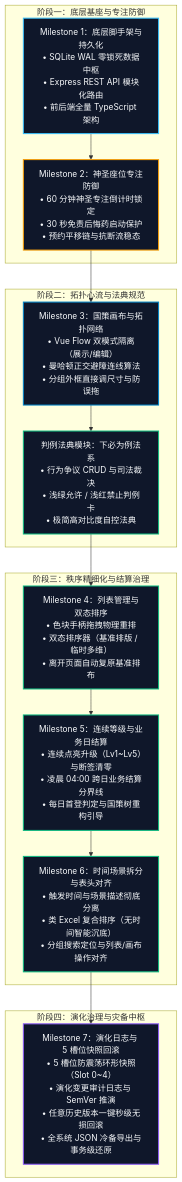
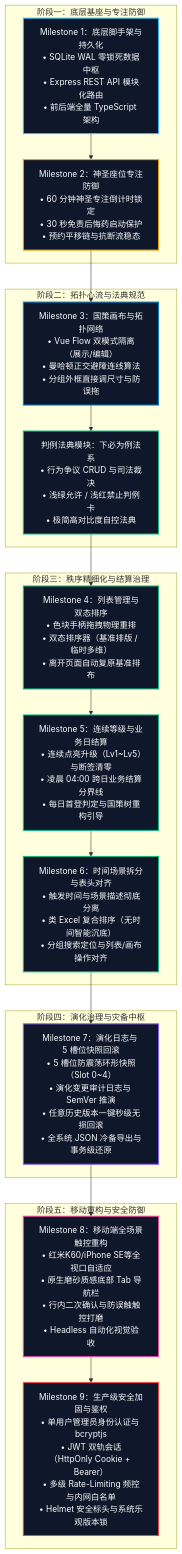
The diagram in docs/开发历程与里程碑全景总结.md (Joe8286312/sacred-focus), drawn with Mermaid before and after one commit. The commit also changed other lines of this file and 8 other files, not shown here.

````diff
--- a/docs/开发历程与里程碑全景总结.md
+++ b/docs/开发历程与里程碑全景总结.md
@@ -43,30 +46,37 @@
 ```mermaid
 flowchart TD
     classDef foundation fill:#0f172a,stroke:#38bdf8,stroke-width:2px,color:#f8fafc;
     classDef focus fill:#0f172a,stroke:#f59e0b,stroke-width:2px,color:#f8fafc;
     classDef canvas fill:#0f172a,stroke:#0284c7,stroke-width:2px,color:#f8fafc;
     classDef governance fill:#0f172a,stroke:#10b981,stroke-width:2px,color:#f8fafc;
     classDef evolution fill:#0f172a,stroke:#8b5cf6,stroke-width:2px,color:#f8fafc;
+    classDef mobile fill:#0f172a,stroke:#ec4899,stroke-width:2px,color:#f8fafc;
+    classDef security fill:#0f172a,stroke:#ef4444,stroke-width:2px,color:#f8fafc;
 
     subgraph P1 ["阶段一：底层基座与专注防御"]
         M1["Milestone 1：底层脚手架与持久化<br/>• SQLite WAL 零锁死数据中枢<br/>• Express REST API 模块化路由<br/>• 前后端全量 TypeScript 架构"]:::foundation
         M2["Milestone 2：神圣座位专注防御<br/>• 60 分钟神圣专注倒计时锁定<br/>• 30 秒免责后悔药启动保护<br/>• 预约平移链与抗断流稳态"]:::focus
     end
 
     subgraph P2 ["阶段二：拓扑心流与法典规范"]
         M3["Milestone 3：国策画布与拓扑网络<br/>• Vue Flow 双模式隔离（展示/编辑）<br/>• 曼哈顿正交避障连线算法<br/>• 分组外框直接调尺寸与防误拖"]:::canvas
         MLaw["判例法典模块：下必为例法系<br/>• 行为争议 CRUD 与司法裁决<br/>• 浅绿允许 / 浅红禁止判例卡<br/>• 极简高对比度自控法典"]:::governance
     end
 
     subgraph P3 ["阶段三：秩序精细化与结算治理"]
         M4["Milestone 4：列表管理与双态排序<br/>• 色块手柄拖拽物理重排<br/>• 双态排序器（基准排版 / 临时多维）<br/>• 离开页面自动复原基准排布"]:::governance
         M5["Milestone 5：连续等级与业务日结算<br/>• 连续点亮升级（Lv1~Lv5）与断签清零<br/>• 凌晨 04:00 跨日业务结算分界线<br/>• 每日首登判定与国策树重构引导"]:::governance
         M6["Milestone 6：时间场景拆分与表头对齐<br/>• 触发时间与场景描述彻底分离<br/>• 类 Excel 复合排序（无时间智能沉底）<br/>• 分组搜索定位与列表/画布操作对齐"]:::governance
     end
 
     subgraph P4 ["阶段四：演化治理与灾备中枢"]
         M7["Milestone 7：演化日志与 5 槽位快照回滚<br/>• 5 槽位防震荡环形快照（Slot 0~4）<br/>• 演化变更审计日志与 SemVer 推演<br/>• 任意历史版本一键秒级无损回滚<br/>• 全系统 JSON 冷备导出与事务级还原"]:::evolution
     end
 
-    M1 --> M2 --> M3 --> MLaw --> M4 --> M5 --> M6 --> M7
+    subgraph P5 ["阶段五：移动重构与安全防御"]
+        M8["Milestone 8：移动端全场景触控重构<br/>• 红米K60/iPhone SE等全视口自适应<br/>• 原生磨砂质感底部 Tab 导航栏<br/>• 行内二次确认与防误触触控打磨<br/>• Headless 自动化视觉验收"]:::mobile
+        M9["Milestone 9：生产级安全加固与鉴权<br/>• 单用户管理员身份认证与 bcryptjs<br/>• JWT 双轨会话（HttpOnly Cookie + Bearer）<br/>• 多级 Rate-Limiting 频控与内网白名单<br/>• Helmet 安全标头与系统乐观版本锁"]:::security
+    end
+
+    M1 --> M2 --> M3 --> MLaw --> M4 --> M5 --> M6 --> M7 --> M8 --> M9
 ```
````
